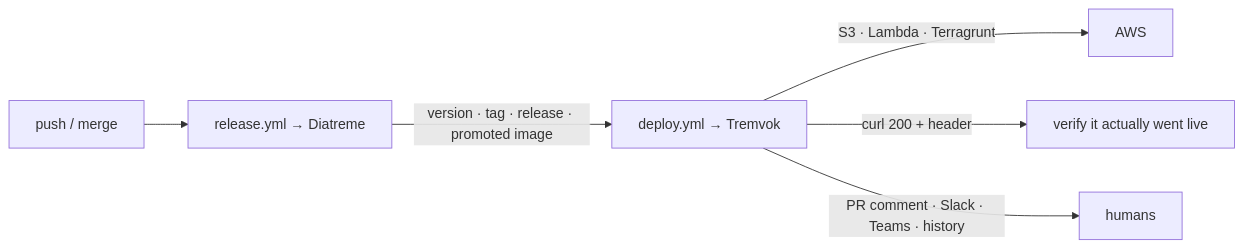
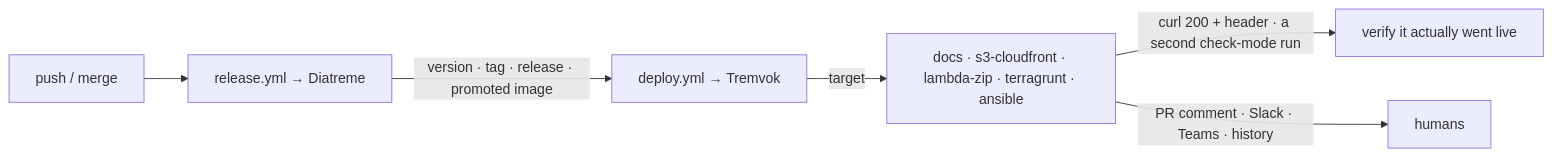
Before and after one commit to MagmaMoose/tremvok: the diagram in docs/index.md, drawn with Mermaid. The commit also changed other lines of this file and 83 other files, not shown here.

````diff
--- a/docs/index.md
+++ b/docs/index.md
@@ -9,8 +11,8 @@
 ```mermaid
 flowchart LR
   A[push / merge] --> B[release.yml → Diatreme]
   B -->|version · tag · release · promoted image| C[deploy.yml → Tremvok]
-  C -->|S3 · Lambda · Terragrunt| D[AWS]
-  C -->|curl 200 + header| E[verify it actually went live]
-  C -->|PR comment · Slack · Teams · history| F[humans]
+  C -->|target| D[docs · s3-cloudfront · lambda-zip · terragrunt · ansible]
+  D -->|curl 200 + header · a second check-mode run| E[verify it actually went live]
+  D -->|PR comment · Slack · Teams · history| F[humans]
 ```
````
